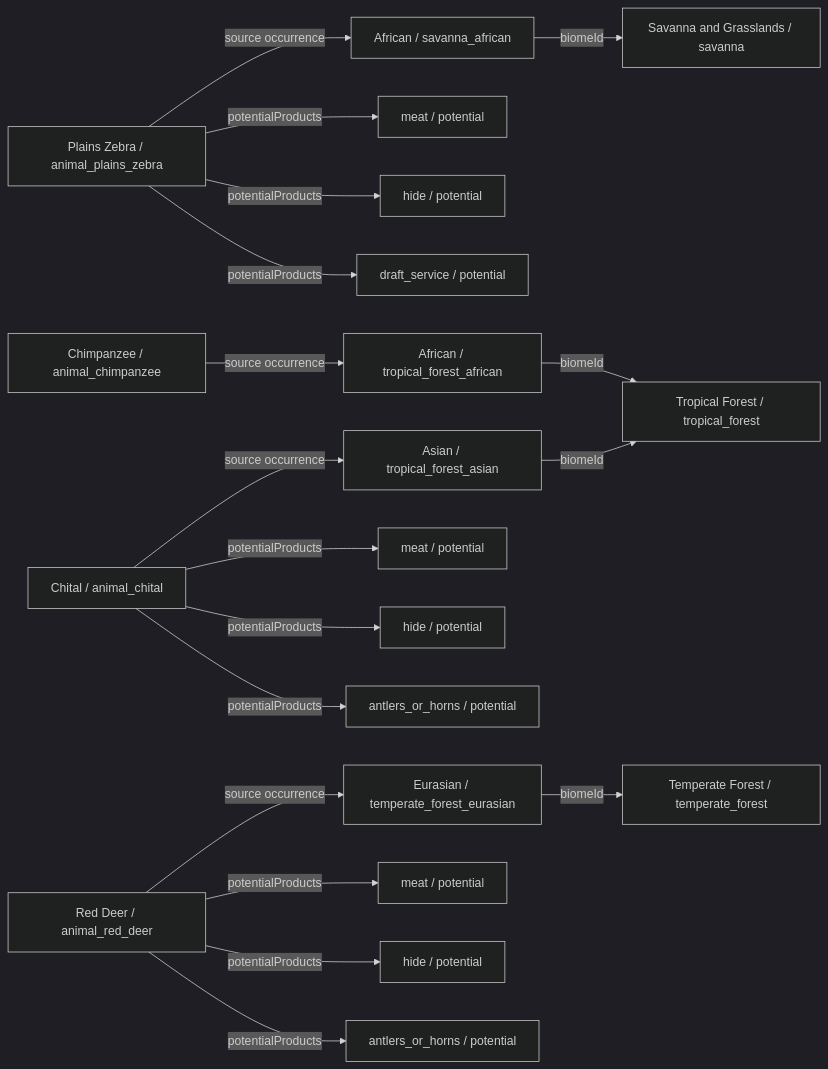
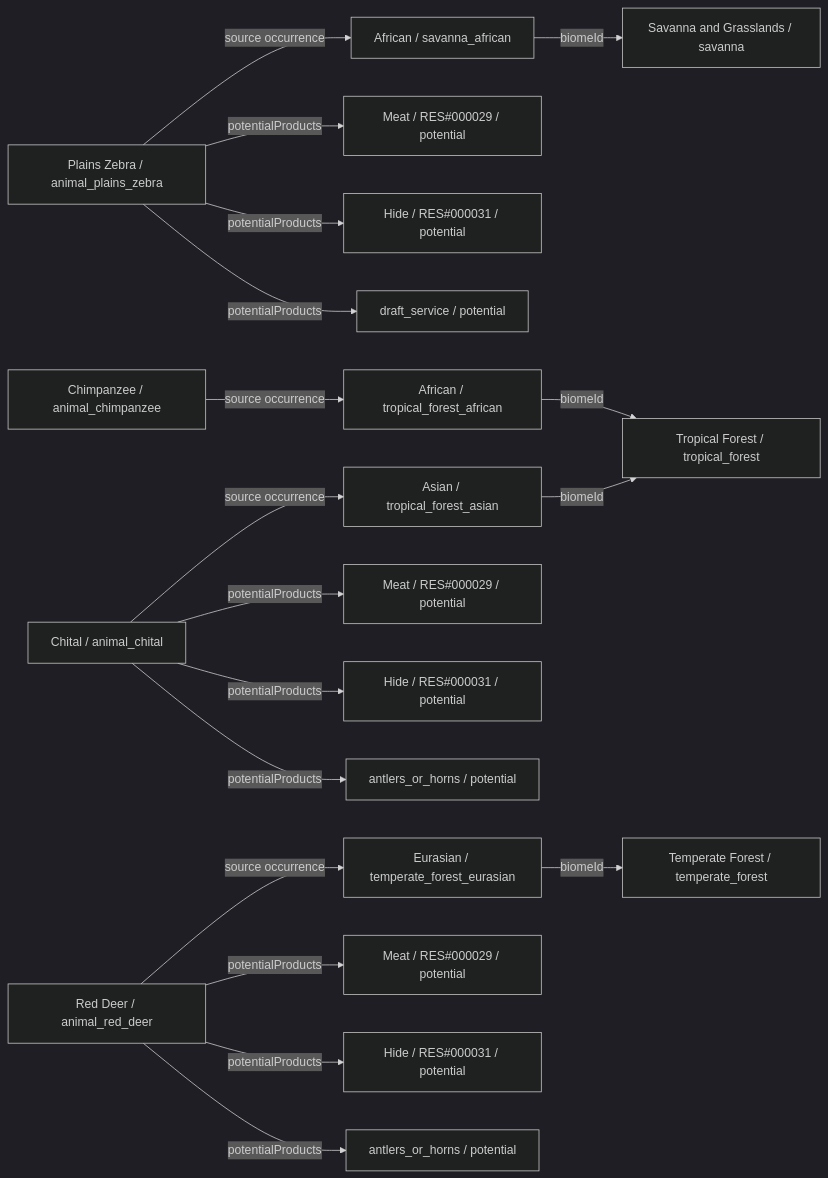
The eighth of 34 diagrams in data/animals/DIAGRAMS.md (fgabo404/EvolveDoc), drawn with Mermaid (dark theme) before and after one commit. The commit also changed other lines of this file and 50 other files, not shown here.

````diff
--- a/data/animals/DIAGRAMS.md
+++ b/data/animals/DIAGRAMS.md
@@ -455,40 +455,40 @@
 ```mermaid
 flowchart LR
     c0["Plains Zebra / animal_plains_zebra"]
     v11["African / savanna_african"]
     b3["Savanna and Grasslands / savanna"]
-    o0_0["meat / potential"]
-    o0_1["hide / potential"]
+    o0_0["Meat / RES#000029 / potential"]
+    o0_1["Hide / RES#000031 / potential"]
     o0_2["draft_service / potential"]
     c1["Chimpanzee / animal_chimpanzee"]
     v1["African / tropical_forest_african"]
     b0["Tropical Forest / tropical_forest"]
     c2["Chital / animal_chital"]
     v2["Asian / tropical_forest_asian"]
-    o2_0["meat / potential"]
-    o2_1["hide / potential"]
+    o2_0["Meat / RES#000029 / potential"]
+    o2_1["Hide / RES#000031 / potential"]
     o2_2["antlers_or_horns / potential"]
     c3["Red Deer / animal_red_deer"]
     v4["Eurasian / temperate_forest_eurasian"]
     b1["Temperate Forest / temperate_forest"]
-    o3_0["meat / potential"]
-    o3_1["hide / potential"]
+    o3_0["Meat / RES#000029 / potential"]
+    o3_1["Hide / RES#000031 / potential"]
     o3_2["antlers_or_horns / potential"]
     c0 -->|potentialProducts| o0_0
     c0 -->|potentialProducts| o0_1
     c0 -->|potentialProducts| o0_2
     c0 -->|source occurrence| v11
     c1 -->|source occurrence| v1
     c2 -->|potentialProducts| o2_0
     c2 -->|potentialProducts| o2_1
     c2 -->|potentialProducts| o2_2
     c2 -->|source occurrence| v2
     c3 -->|potentialProducts| o3_0
     c3 -->|potentialProducts| o3_1
     c3 -->|potentialProducts| o3_2
     c3 -->|source occurrence| v4
     v1 -->|biomeId| b0
     v11 -->|biomeId| b3
     v2 -->|biomeId| b0
     v4 -->|biomeId| b1
 ```
````
